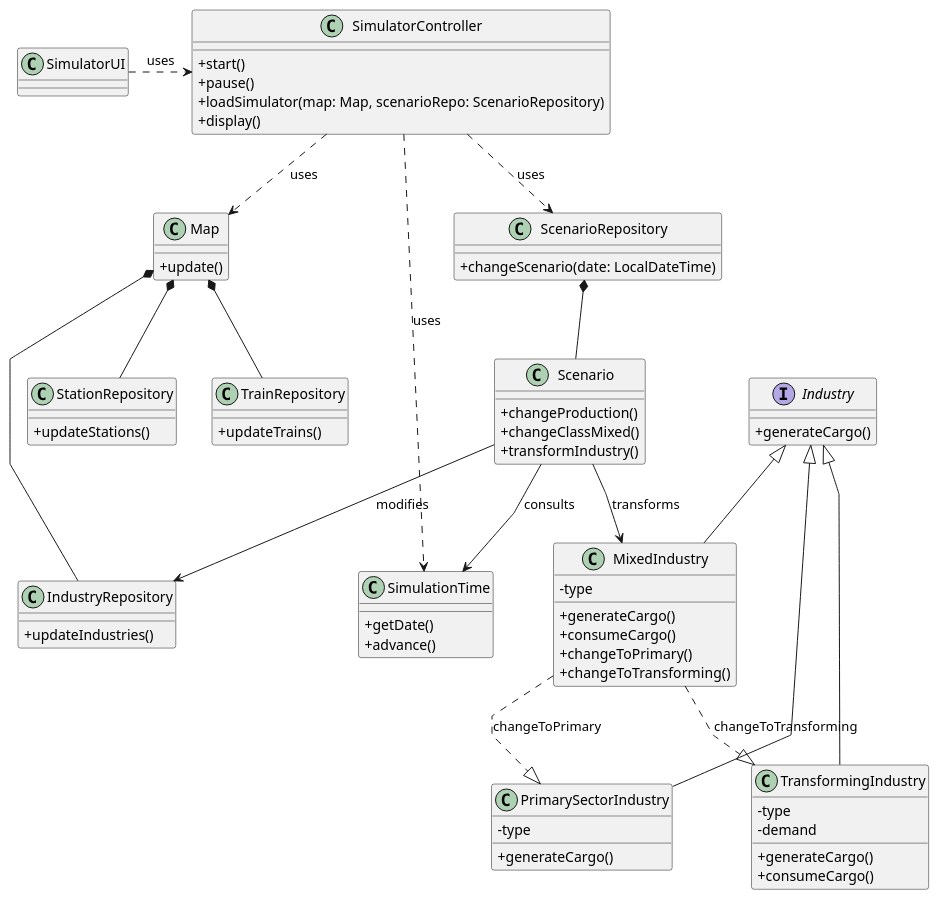
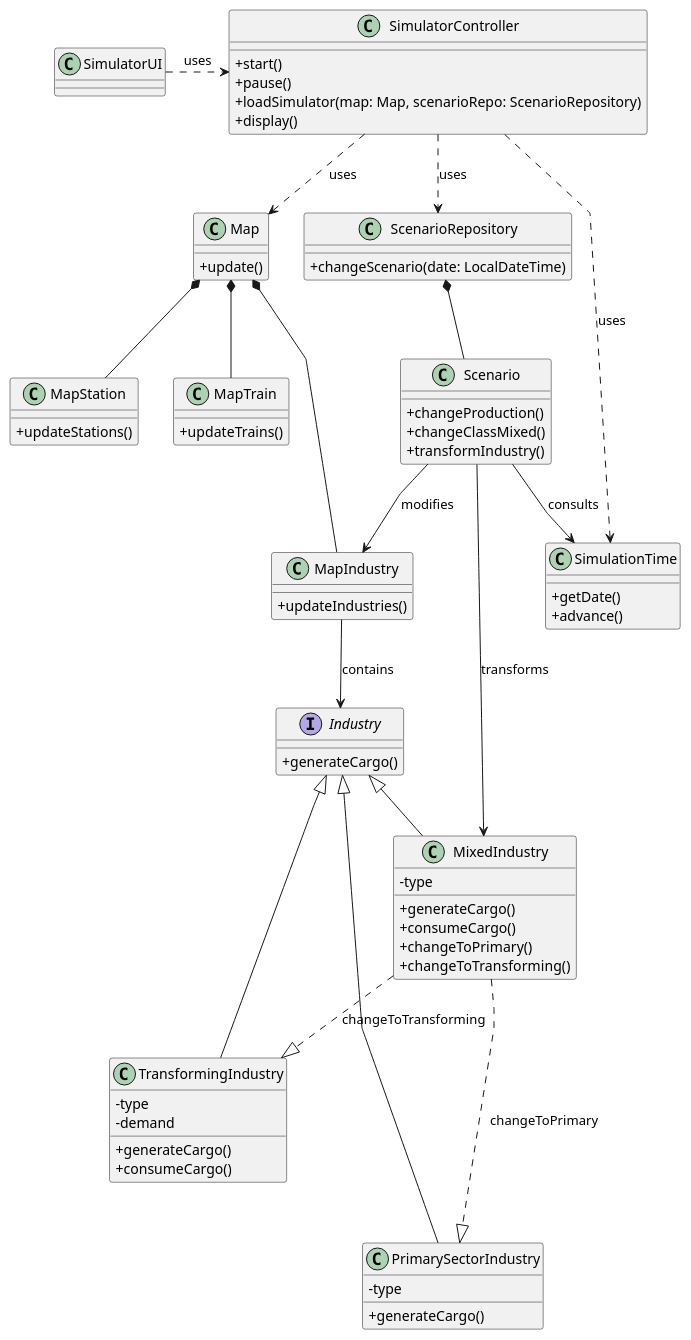
One commit to 1240826/empire-on-tracks changed the diagram in docs/system-documentation/US012/03.design/puml/US0012-CD.puml. Above: the diagram before and after it, drawn with PlantUML.

```diff
--- a/docs/system-documentation/US012/03.design/puml/US0012-CD.puml
+++ b/docs/system-documentation/US012/03.design/puml/US0012-CD.puml
@@ -1,109 +1,111 @@
 @startuml
 skinparam packageStyle rectangle
 skinparam shadowing false
 skinparam linetype polyline
 skinparam classAttributeIconSize 0
 
 '====================
 ' CLASSES PRINCIPAIS
 '====================
 
 class SimulatorUI {
 }
 
 class "SimulatorController"{
     +start()
     +pause()
     +loadSimulator(map: Map, scenarioRepo: ScenarioRepository)
     +display()
 }
 
 class Map {
     +update()
 }
 
 class SimulationTime {
     +getDate()
     +advance()
 }
 
-class IndustryRepository {
+class MapIndustry {
     +updateIndustries()
 }
 
-class StationRepository {
+class MapStation {
     +updateStations()
 }
 
-class TrainRepository {
+class MapTrain {
     +updateTrains()
 }
 
 class ScenarioRepository {
     +changeScenario(date: LocalDateTime)
 }
 
 class Scenario {
     +changeProduction()
     +changeClassMixed()
     +transformIndustry()
 }
 
 '====================
 ' CLASSES DE INDÚSTRIA
 '====================
 
 interface Industry {
     +generateCargo()
 }
 
 class PrimarySectorIndustry {
     -type
     +generateCargo()
 }
 
 class TransformingIndustry {
     -type
     -demand
     +generateCargo()
     +consumeCargo()
 }
 
 class MixedIndustry {
     -type
     +generateCargo()
     +consumeCargo()
     +changeToPrimary()
     +changeToTransforming()
 }
 
 '====================
 ' RELACIONAMENTOS
 '====================
 
 SimulatorUI .> SimulatorController : uses
 
 SimulatorController ..> Map : uses
 SimulatorController ..> SimulationTime : uses
 SimulatorController ..> ScenarioRepository : uses
 
-Map *-- IndustryRepository
-Map *-- StationRepository
-Map *-- TrainRepository
+Map *-- MapIndustry
+Map *-- MapStation
+Map *-- MapTrain
 
 ScenarioRepository *-- Scenario
 
 Scenario --> SimulationTime : consults
-Scenario --> IndustryRepository : modifies
+Scenario --> MapIndustry : modifies
 Scenario --> MixedIndustry : transforms
 
 ' Herança das indústrias
 Industry <|-- PrimarySectorIndustry
 Industry <|-- TransformingIndustry
 Industry <|-- MixedIndustry
 
 ' Transformação entre indústrias
-MixedIndustry ..|> PrimarySectorIndustry : changeToPrimary
+MapIndustry --> Industry: contains
+
+MixedIndustry ...|> PrimarySectorIndustry : changeToPrimary
 MixedIndustry ..|> TransformingIndustry : changeToTransforming
 
 @enduml
```
